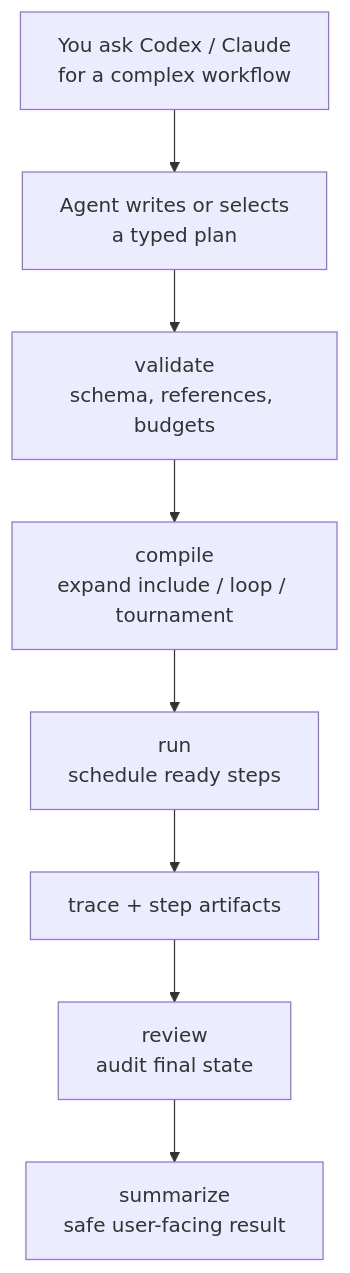
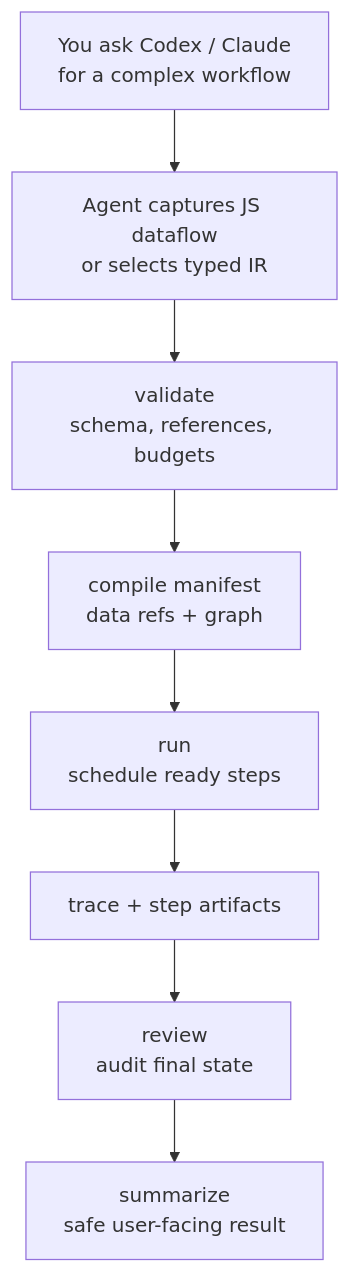
The diagram in README.md (dafang/dynamic-workflow), drawn with Mermaid before and after one commit. The commit also changed other lines of this file and 28 other files, not shown here.

Commit message:
Implement JS dataflow workflow runtime

````diff
--- a/README.md
+++ b/README.md
@@ -30,10 +30,10 @@
 ```mermaid
 flowchart TD
-    User["You ask Codex / Claude<br/>for a complex workflow"] --> Agent["Agent writes or selects<br/>a typed plan"]
+    User["You ask Codex / Claude<br/>for a complex workflow"] --> Agent["Agent captures JS dataflow<br/>or selects typed IR"]
     Agent --> Validate["validate<br/>schema, references, budgets"]
-    Validate --> Compile["compile<br/>expand include / loop / tournament"]
+    Validate --> Compile["compile manifest<br/>data refs + graph"]
     Compile --> Run["run<br/>schedule ready steps"]
     Run --> Trace["trace + step artifacts"]
     Trace --> Review["review<br/>audit final state"]
     Review --> Summary["summarize<br/>safe user-facing result"]
 ```
````
